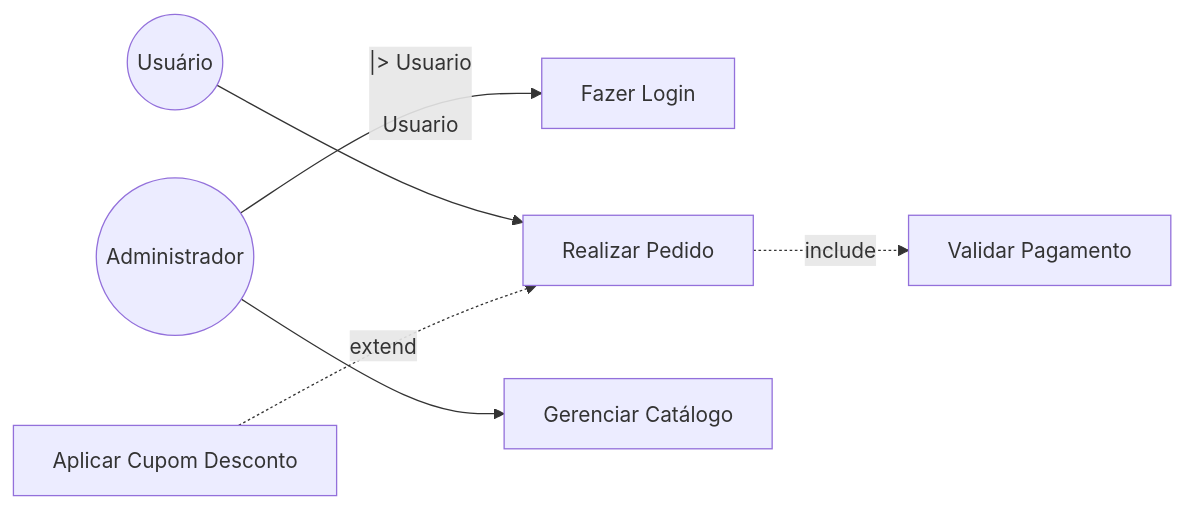
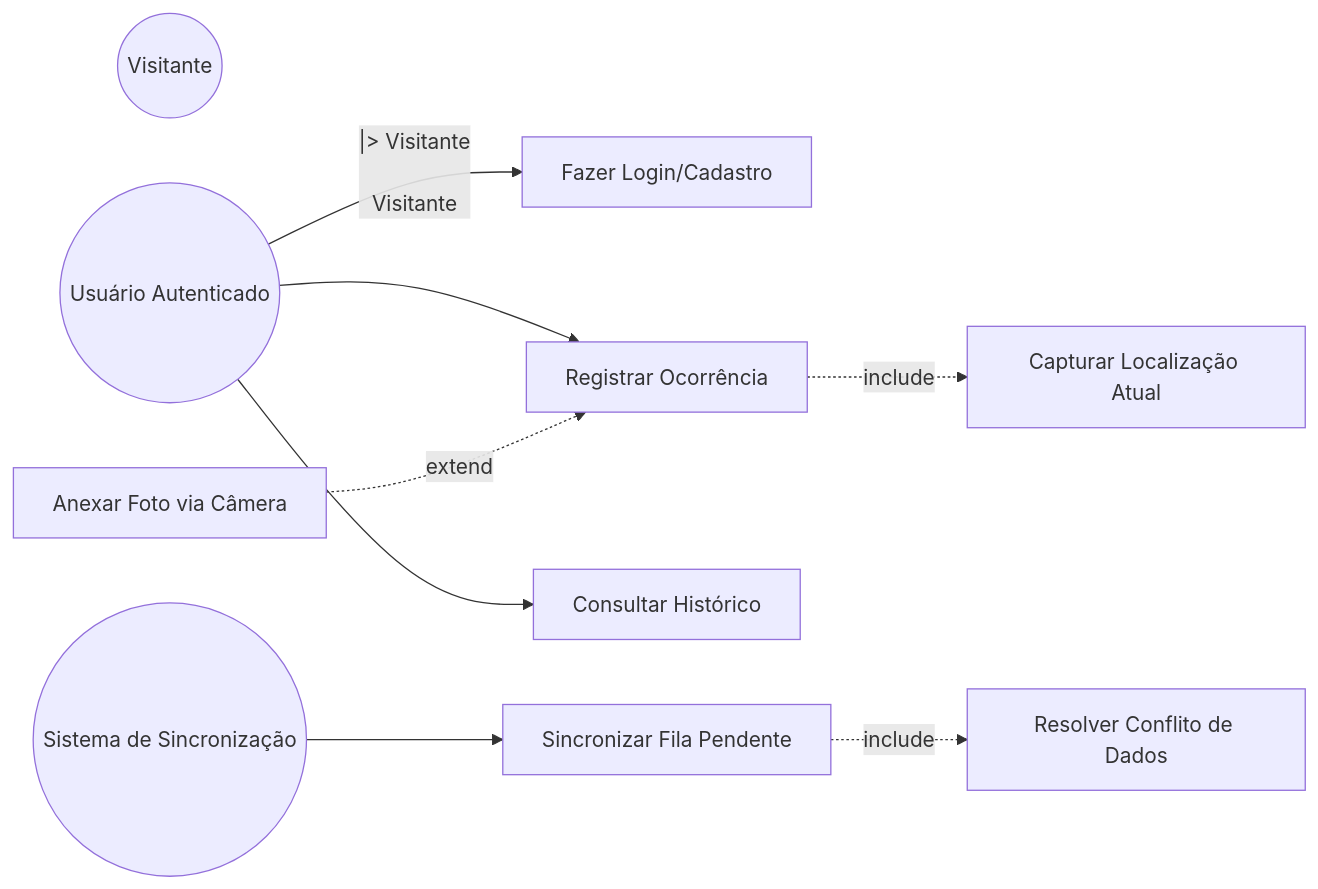
Before and after one commit to JpCobraC/SindiFlow: the first of 10 diagrams in agent_tools/SKILL.md, drawn with Mermaid. The commit also changed other lines of this file and 1 other file, not shown here.

````diff
--- a/agent_tools/SKILL.md
+++ b/agent_tools/SKILL.md
@@ -45,12 +79,15 @@
 ```mermaid
 flowchart LR
-    Usuario((Usuário))
-    Admin((Administrador))
-    Admin --|> Usuario
+    Visitante((Visitante))
+    Usuario((Usuário Autenticado))
+    Sync((Sistema de Sincronização))
+    Usuario --|> Visitante
 
-    Usuario --> UC1[Fazer Login]
-    Usuario --> UC2[Realizar Pedido]
-    UC2 -.include.-> UC3[Validar Pagamento]
-    UC4[Aplicar Cupom Desconto] -.extend.-> UC2
-    Admin --> UC5[Gerenciar Catálogo]
+    Visitante --> UC1[Fazer Login/Cadastro]
+    Usuario --> UC2[Registrar Ocorrência]
+    UC2 -.include.-> UC3[Capturar Localização Atual]
+    UC4[Anexar Foto via Câmera] -.extend.-> UC2
+    Usuario --> UC5[Consultar Histórico]
+    Sync --> UC6[Sincronizar Fila Pendente]
+    UC6 -.include.-> UC7[Resolver Conflito de Dados]
 ```
````
